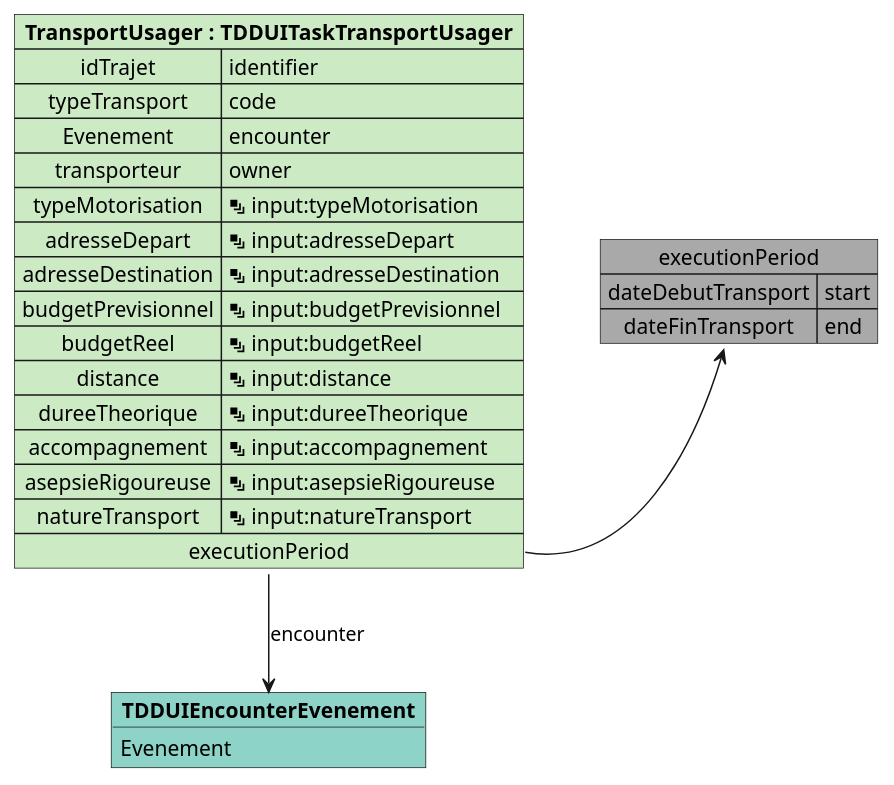
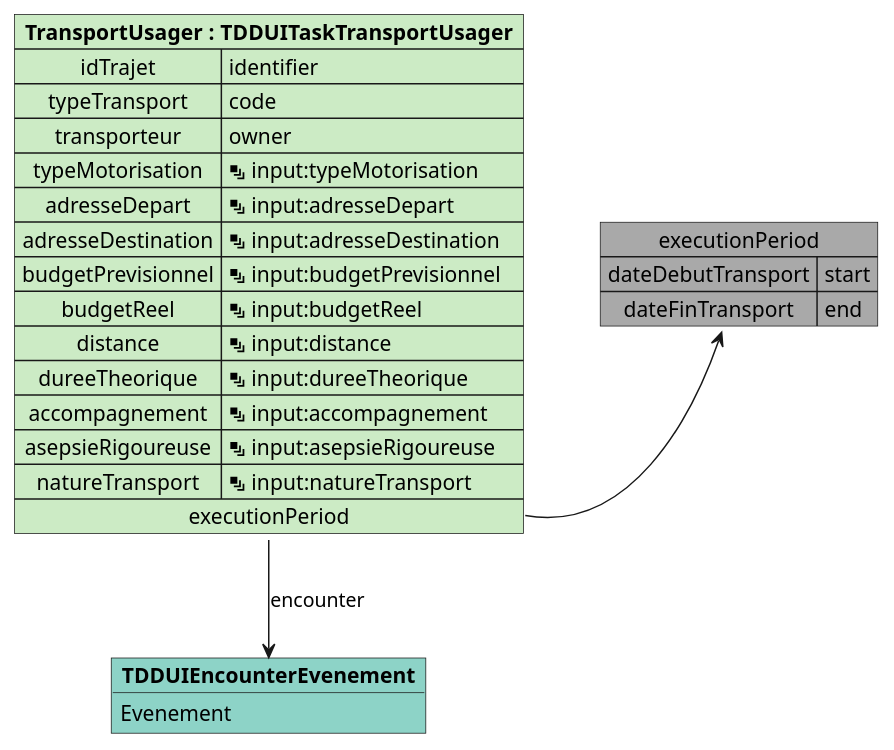
Before and after one commit to ansforge/IG-fhir-medicosocial-transfert-donnees-dui: the diagram in input/images-source/mapping_TDDUITaskTransportUsager.plantuml, drawn with PlantUML. The commit also changed 9 other files, not shown here.

Commit message:
Update diagram mapping

```diff
--- a/input/images-source/mapping_TDDUITaskTransportUsager.plantuml
+++ b/input/images-source/mapping_TDDUITaskTransportUsager.plantuml
@@ -1,32 +1,31 @@
 @startuml
 
 map "executionPeriod" as executionPeriod #DarkGray {
     dateDebutTransport => start
     dateFinTransport => end
 }
 
 object "**TDDUIEncounterEvenement**" as TDDUIEncounterEvenement #8dd3c7 {
     Evenement
 }
 
 map "**TransportUsager : TDDUITaskTransportUsager**" as TransportUsager #ccebc5 {
     idTrajet => identifier
     typeTransport => code
-    Evenement => encounter
     transporteur => owner
     typeMotorisation => <&layers> input:typeMotorisation
     adresseDepart => <&layers> input:adresseDepart
     adresseDestination => <&layers> input:adresseDestination
     budgetPrevisionnel => <&layers> input:budgetPrevisionnel
     budgetReel => <&layers> input:budgetReel
     distance => <&layers> input:distance
     dureeTheorique => <&layers> input:dureeTheorique
     accompagnement => <&layers> input:accompagnement
     asepsieRigoureuse => <&layers> input:asepsieRigoureuse
     natureTransport => <&layers> input:natureTransport
     executionPeriod *-> executionPeriod
 }
 
 TransportUsager -d-> TDDUIEncounterEvenement : encounter
 
 @enduml
```
